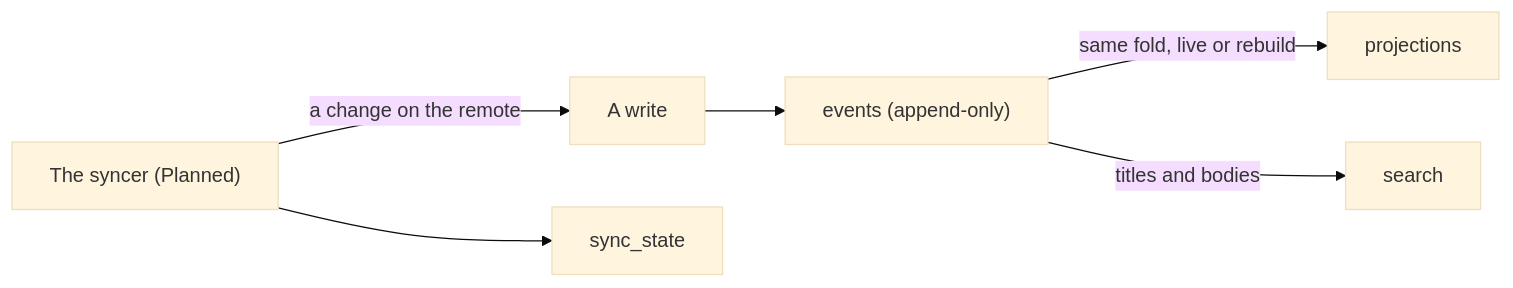
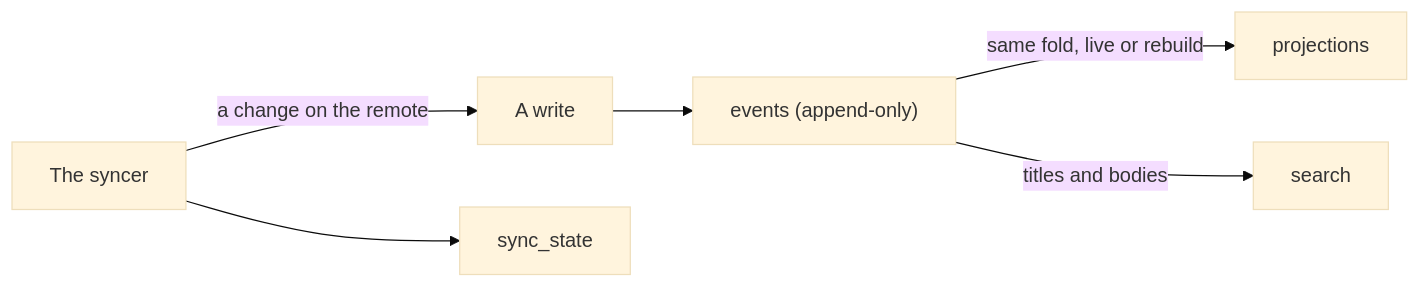
Before and after one commit to trustmybot/tmb: diagram 11 of 13 in docs/architecture/TRAJECTORY.md, drawn with Mermaid (base theme). The commit also changed other lines of this file and 35 other files, not shown here.

First line of the commit message:
✨ feat(syncer): read the remote's issues, comments, milestones and pull requests into the record (#507)

````diff
--- a/docs/architecture/TRAJECTORY.md
+++ b/docs/architecture/TRAJECTORY.md
@@ -348,8 +369,8 @@
 ```mermaid
 flowchart LR
     W["A write"] --> E["events (append-only)"]
     E -->|"same fold, live or rebuild"| P["projections"]
     E -->|"titles and bodies"| S["search"]
-    Y["The syncer (Planned)"] -->|"a change on the remote"| W
+    Y["The syncer"] -->|"a change on the remote"| W
     Y --> T["sync_state"]
 ```
````
